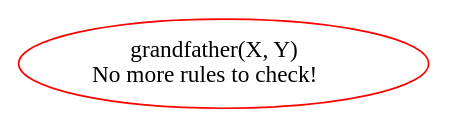
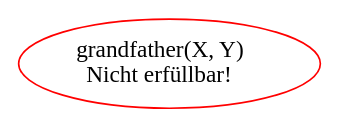
Before and after one commit to pbrinkmeier/viper: the diagram in Documentation/Pflichtenheft/image/visualisation/19_final.gv, drawn with Graphviz. The commit also changed 12 other files, not shown here.

```diff
--- a/Documentation/Pflichtenheft/image/visualisation/19_final.gv
+++ b/Documentation/Pflichtenheft/image/visualisation/19_final.gv
@@ -1,5 +1,5 @@
 digraph VIPER_visualization_root {
     node [fontname = "Fira Mono"];
 
-    root [label = <grandfather(X, Y)<br />No more rules to check!>, color = red];
+    root [label = <grandfather(X, Y)<br />Nicht erfüllbar!>, color = red];
 }
```
